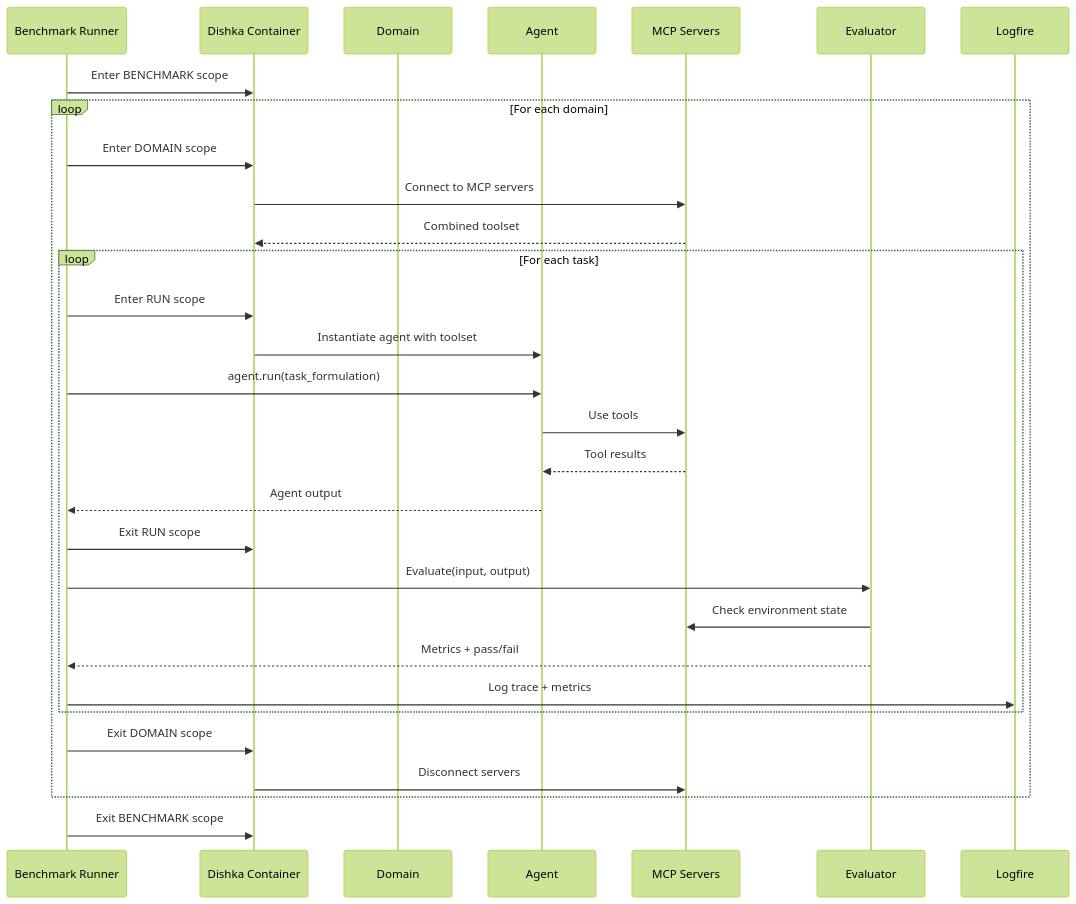
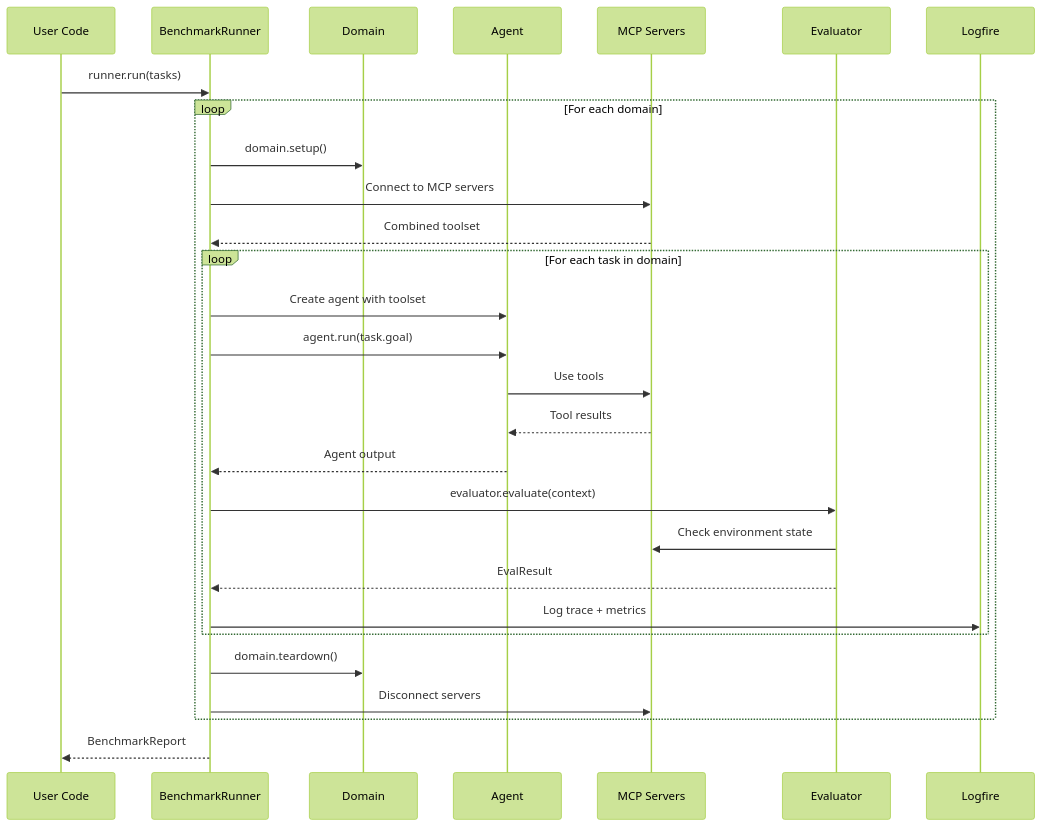
One commit to deeppavlov/mcp-evals changed the second of 2 diagrams in README.md. Above: the diagram before and after it, drawn with Mermaid (forest theme). The commit also changed other lines of this file, not shown here.

Commit message:
make separation between library internals and user defined code

````diff
--- a/README.md
+++ b/README.md
@@ -62,38 +218,36 @@
 ```mermaid
 sequenceDiagram
-    participant B as Benchmark Runner
-    participant DI as Dishka Container
+    participant U as User Code
+    participant R as BenchmarkRunner
     participant D as Domain
     participant A as Agent
     participant MCP as MCP Servers
     participant E as Evaluator
     participant LF as Logfire
 
-    B->>DI: Enter BENCHMARK scope
+    U->>R: runner.run(tasks)
     
     loop For each domain
-        B->>DI: Enter DOMAIN scope
-        DI->>MCP: Connect to MCP servers
-        MCP-->>DI: Combined toolset
+        R->>D: domain.setup()
+        R->>MCP: Connect to MCP servers
+        MCP-->>R: Combined toolset
         
-        loop For each task
-            B->>DI: Enter RUN scope
-            DI->>A: Instantiate agent with toolset
-            B->>A: agent.run(task_formulation)
+        loop For each task in domain
+            R->>A: Create agent with toolset
+            R->>A: agent.run(task.goal)
             A->>MCP: Use tools
             MCP-->>A: Tool results
-            A-->>B: Agent output
-            B->>DI: Exit RUN scope
+            A-->>R: Agent output
             
-            B->>E: Evaluate(input, output)
+            R->>E: evaluator.evaluate(context)
             E->>MCP: Check environment state
-            E-->>B: Metrics + pass/fail
-            B->>LF: Log trace + metrics
+            E-->>R: EvalResult
+            R->>LF: Log trace + metrics
         end
         
-        B->>DI: Exit DOMAIN scope
-        DI->>MCP: Disconnect servers
+        R->>D: domain.teardown()
+        R->>MCP: Disconnect servers
     end
     
-    B->>DI: Exit BENCHMARK scope
+    R-->>U: BenchmarkReport
 ```
````
